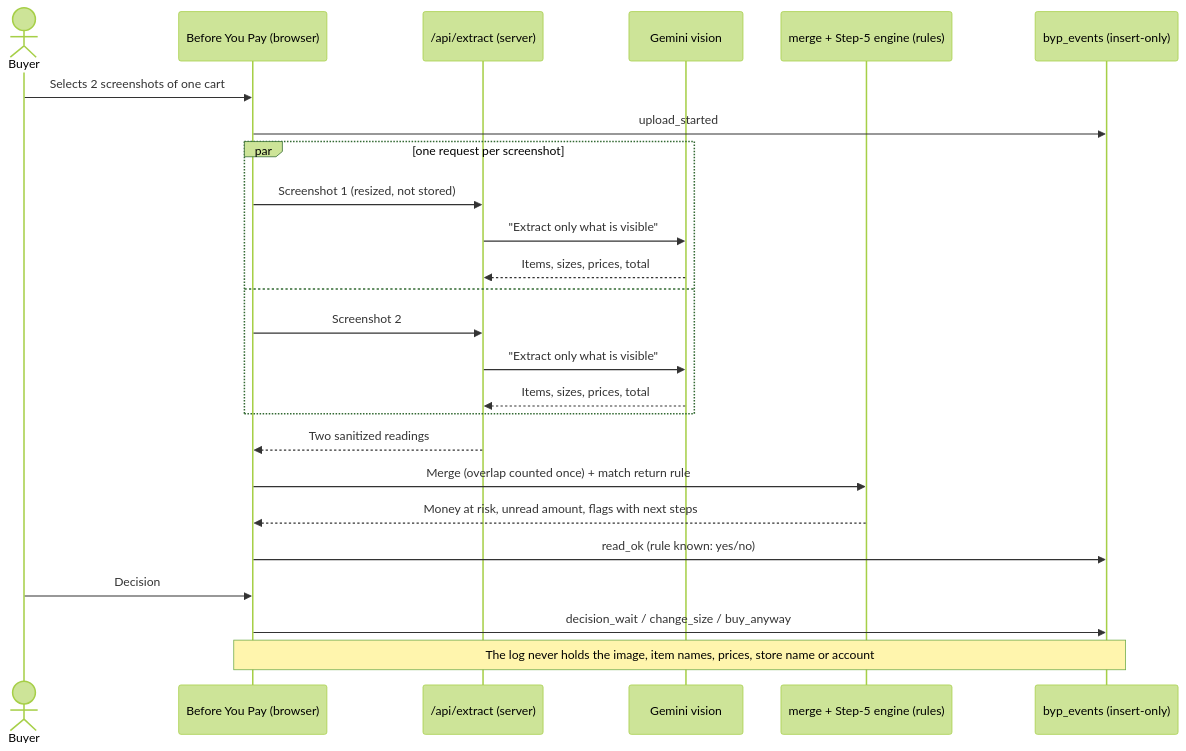
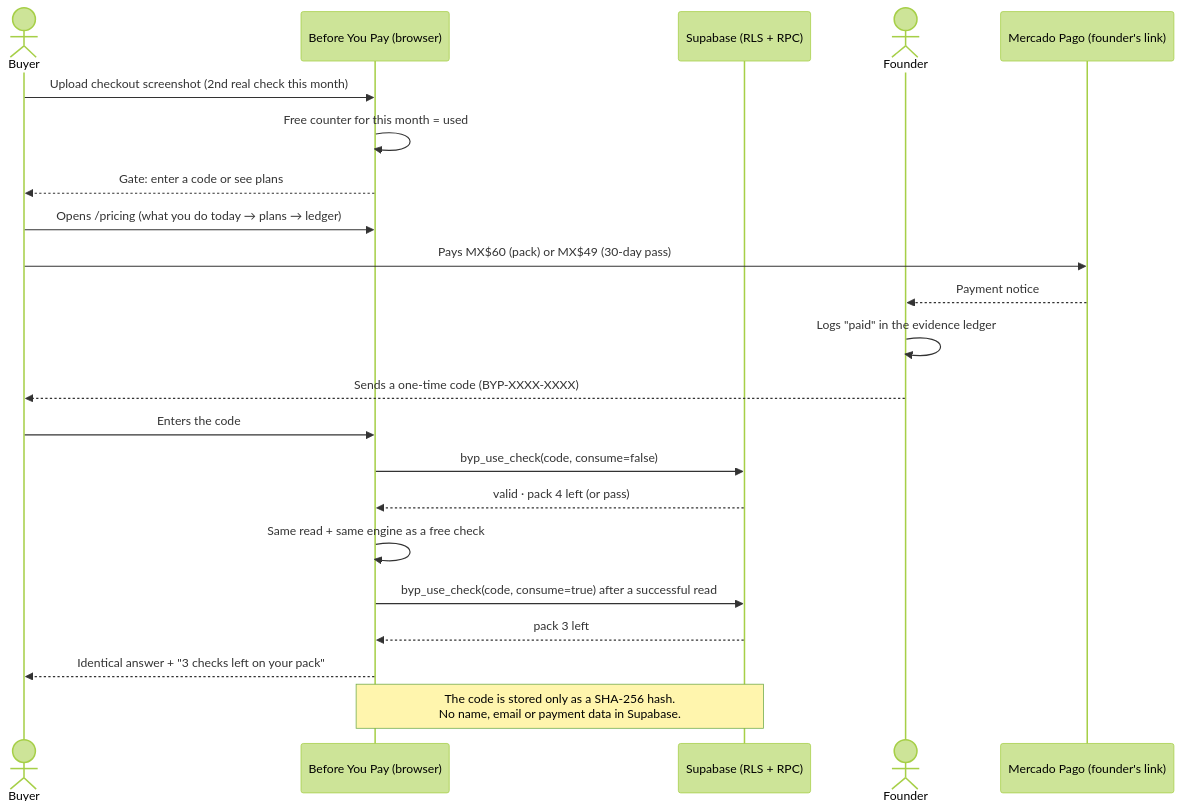
The second of 3 diagrams in docs/PACKET.md (KaromBuilds/before-you-pay), drawn with Mermaid (forest theme) before and after one commit. The commit also changed other lines of this file and 5 other files, not shown here.

First line of the commit message:
Week 14 packet before code: pricing problem, segments, image-generated mockup, Mermaid flows and swimlane, test plan; Week 13 packet archived

````diff
--- a/docs/PACKET.md
+++ b/docs/PACKET.md
@@ -55,27 +67,24 @@
 ```mermaid
 sequenceDiagram
     actor Buyer
     participant App as Before You Pay (browser)
-    participant API as /api/extract (server)
-    participant AI as Gemini vision
-    participant Merge as merge + Step-5 engine (rules)
-    participant Log as byp_events (insert-only)
-    Buyer->>App: Selects 2 screenshots of one cart
-    App->>Log: upload_started
-    par one request per screenshot
-        App->>API: Screenshot 1 (resized, not stored)
-        API->>AI: "Extract only what is visible"
-        AI-->>API: Items, sizes, prices, total
-    and
-        App->>API: Screenshot 2
-        API->>AI: "Extract only what is visible"
-        AI-->>API: Items, sizes, prices, total
-    end
-    API-->>App: Two sanitized readings
-    App->>Merge: Merge (overlap counted once) + match return rule
-    Merge-->>App: Money at risk, unread amount, flags with next steps
-    App->>Log: read_ok (rule known: yes/no)
-    Buyer->>App: Decision
-    App->>Log: decision_wait / change_size / buy_anyway
-    Note over App,Log: The log never holds the image, item names, prices, store name or account
+    participant DB as Supabase (RLS + RPC)
+    actor Founder
+    participant MP as Mercado Pago (founder's link)
+    Buyer->>App: Upload checkout screenshot (2nd real check this month)
+    App->>App: Free counter for this month = used
+    App-->>Buyer: Gate: enter a code or see plans
+    Buyer->>App: Opens /pricing (what you do today → plans → ledger)
+    Buyer->>MP: Pays MX$60 (pack) or MX$49 (30-day pass)
+    MP-->>Founder: Payment notice
+    Founder->>Founder: Logs "paid" in the evidence ledger
+    Founder-->>Buyer: Sends a one-time code (BYP-XXXX-XXXX)
+    Buyer->>App: Enters the code
+    App->>DB: byp_use_check(code, consume=false)
+    DB-->>App: valid · pack 4 left (or pass)
+    App->>App: Same read + same engine as a free check
+    App->>DB: byp_use_check(code, consume=true) after a successful read
+    DB-->>App: pack 3 left
+    App-->>Buyer: Identical answer + "3 checks left on your pack"
+    Note over App,DB: The code is stored only as a SHA-256 hash.<br/>No name, email or payment data in Supabase.
 ```
````
